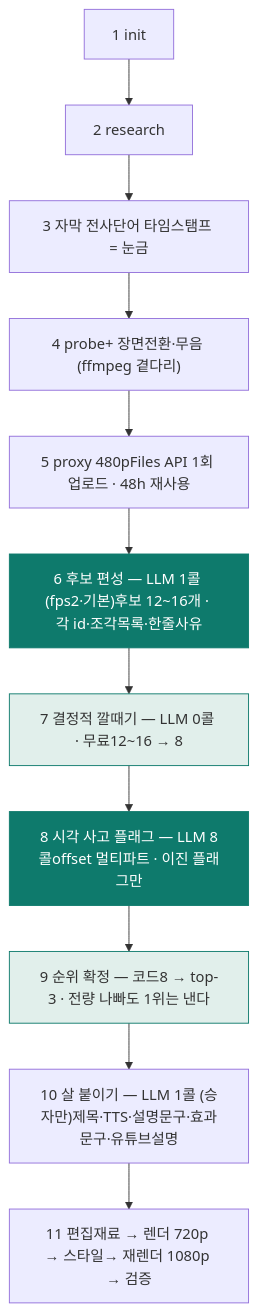
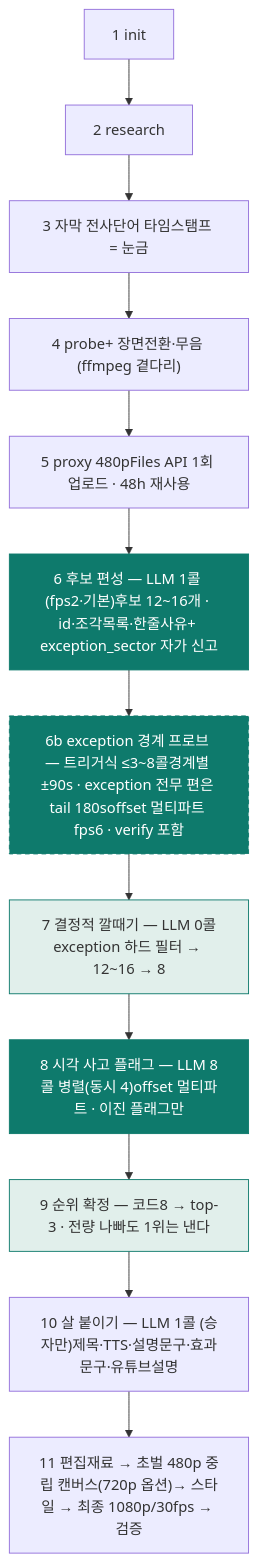
Before and after one commit to rht-22/ai-video: the diagram in docs/v4/v4-pipeline-plan.md, drawn with Mermaid. The commit also changed other lines of this file and 1 other file, not shown here.

First line of the commit message:
v4 기획서 rev.7 — 검수 반영 (exception 프로브·잠정화·결정 A~E 확정)

````diff
--- a/docs/v4/v4-pipeline-plan.md
+++ b/docs/v4/v4-pipeline-plan.md
@@ -248,18 +252,20 @@
 ```mermaid
 
 flowchart TD
   A["1 init"] --> B["2 research"] --> C["3 자막 전사단어 타임스탬프 = 눈금"]
   C --> D["4 probe+ 장면전환·무음 (ffmpeg 곁다리)"]
   D --> E["5 proxy 480pFiles API 1회 업로드 · 48h 재사용"]
-  E --> F["6 후보 편성 — LLM 1콜 (fps2·기본)후보 12~16개 · 각 id·조각목록·한줄사유"]
-  F --> G["7 결정적 깔때기 — LLM 0콜 · 무료12~16 → 8"]
-  G --> H["8 시각 사고 플래그 — LLM 8콜offset 멀티파트 · 이진 플래그만"]
+  E --> F["6 후보 편성 — LLM 1콜 (fps2·기본)후보 12~16개 · id·조각목록·한줄사유+ exception_sector 자가 신고"]
+  F --> X["6b exception 경계 프로브 — 트리거식 ≤3~8콜경계별 ±90s · exception 전무 편은 tail 180soffset 멀티파트 fps6 · verify 포함"]
+  X --> G["7 결정적 깔때기 — LLM 0콜exception 하드 필터 → 12~16 → 8"]
+  G --> H["8 시각 사고 플래그 — LLM 8콜 병렬(동시 4)offset 멀티파트 · 이진 플래그만"]
   H --> I["9 순위 확정 — 코드8 → top-3 · 전량 나빠도 1위는 낸다"]
   I --> J["10 살 붙이기 — LLM 1콜 (승자만)제목·TTS·설명문구·효과문구·유튜브설명"]
-  J --> K["11 편집재료 → 렌더 720p → 스타일→ 재렌더 1080p → 검증"]
+  J --> K["11 편집재료 → 초벌 480p 중립 캔버스(720p 옵션)→ 스타일 → 최종 1080p/30fps → 검증"]
   style F fill:#0E7A6C,color:#fff,stroke:#0E7A6C
+  style X fill:#0E7A6C,color:#fff,stroke:#0E7A6C,stroke-dasharray: 5 4
   style H fill:#0E7A6C,color:#fff,stroke:#0E7A6C
   style G fill:#E1EFEB,stroke:#0E7A6C
   style I fill:#E1EFEB,stroke:#0E7A6C
   
 ```
````
